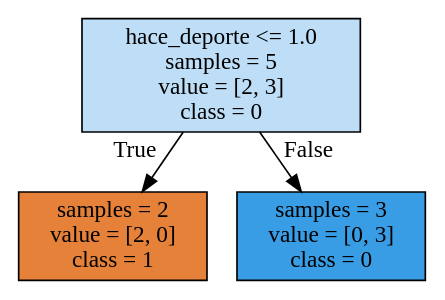
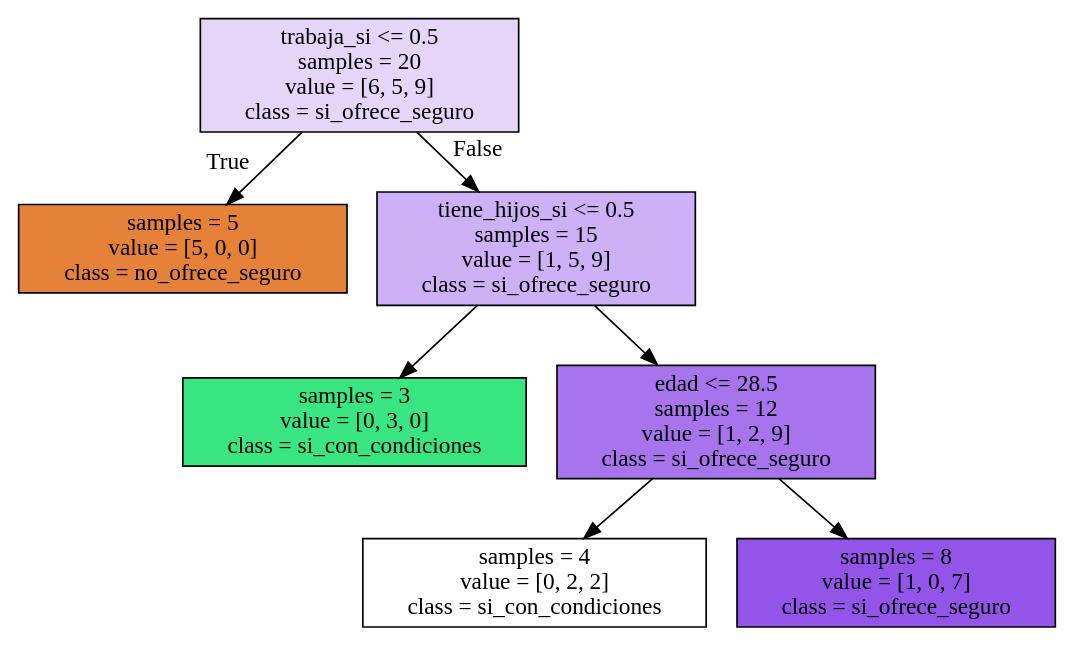
Before and after one commit to ryukazari/practica6-bi: the diagram in arbol.dot, drawn with Graphviz. The commit also changed 6 other files, not shown here.

```diff
--- a/arbol.dot
+++ b/arbol.dot
@@ -1,8 +1,16 @@
 digraph Tree {
 node [shape=box, style="filled", color="black"] ;
-0 [label="hace_deporte <= 1.0\nsamples = 5\nvalue = [2, 3]\nclass = 0", fillcolor="#bddef6"] ;
-1 [label="samples = 2\nvalue = [2, 0]\nclass = 1", fillcolor="#e58139"] ;
+0 [label="trabaja_si <= 0.5\nsamples = 20\nvalue = [6, 5, 9]\nclass = si_ofrece_seguro", fillcolor="#e4d5f9"] ;
+1 [label="samples = 5\nvalue = [5, 0, 0]\nclass = no_ofrece_seguro", fillcolor="#e58139"] ;
 0 -> 1 [labeldistance=2.5, labelangle=45, headlabel="True"] ;
-2 [label="samples = 3\nvalue = [0, 3]\nclass = 0", fillcolor="#399de5"] ;
+2 [label="tiene_hijos_si <= 0.5\nsamples = 15\nvalue = [1, 5, 9]\nclass = si_ofrece_seguro", fillcolor="#cdb0f5"] ;
 0 -> 2 [labeldistance=2.5, labelangle=-45, headlabel="False"] ;
+3 [label="samples = 3\nvalue = [0, 3, 0]\nclass = si_con_condiciones", fillcolor="#39e581"] ;
+2 -> 3 ;
+4 [label="edad <= 28.5\nsamples = 12\nvalue = [1, 2, 9]\nclass = si_ofrece_seguro", fillcolor="#a774ed"] ;
+2 -> 4 ;
+5 [label="samples = 4\nvalue = [0, 2, 2]\nclass = si_con_condiciones", fillcolor="#ffffff"] ;
+4 -> 5 ;
+6 [label="samples = 8\nvalue = [1, 0, 7]\nclass = si_ofrece_seguro", fillcolor="#9355e9"] ;
+4 -> 6 ;
 }
```
